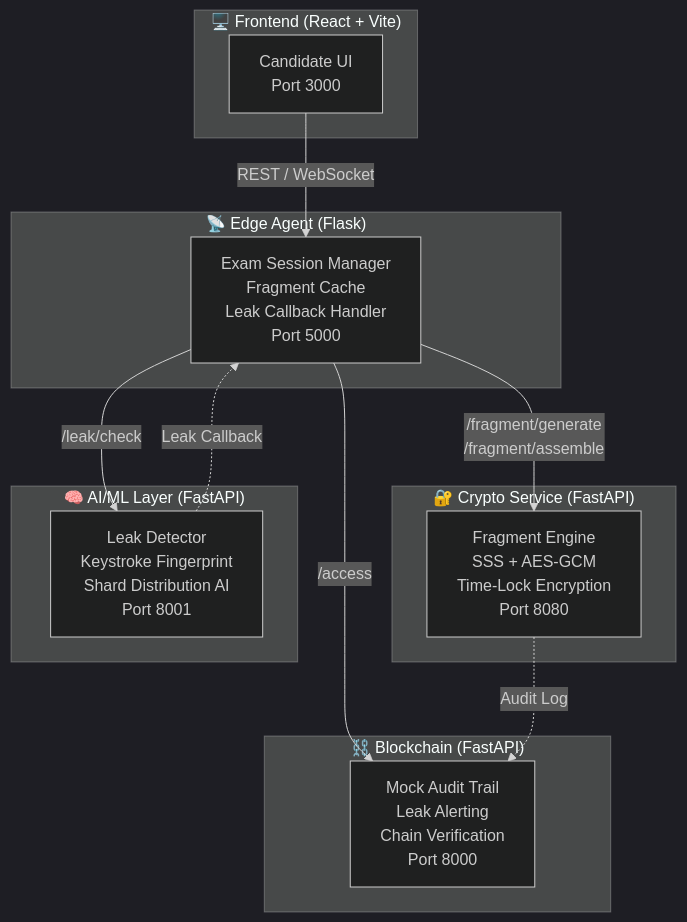
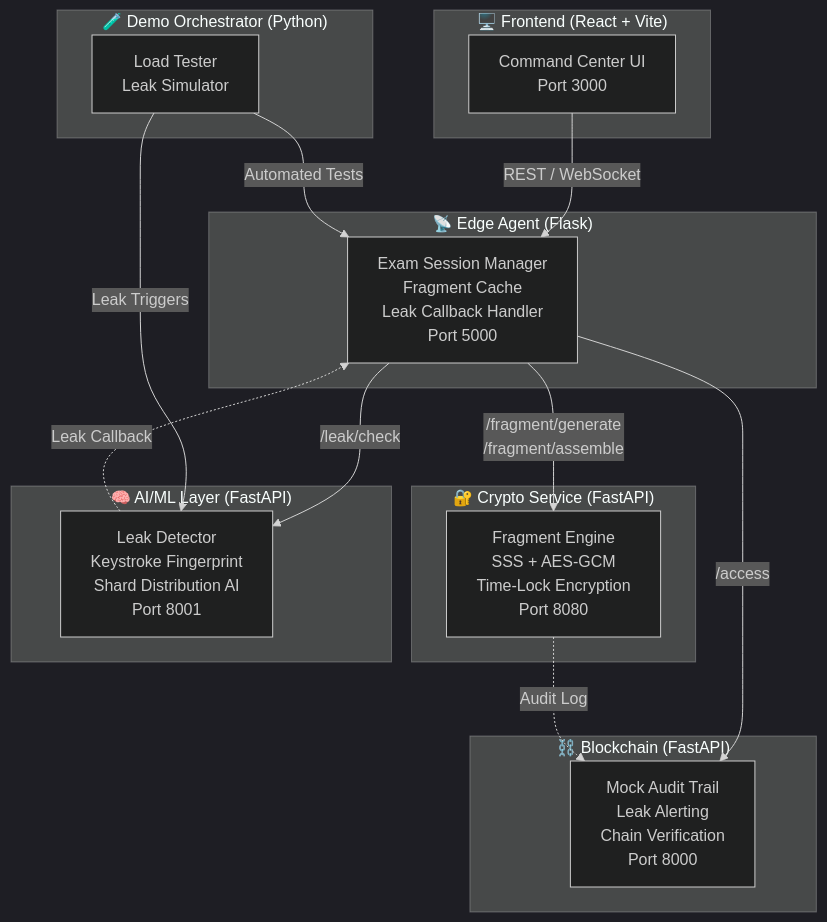
Before and after one commit to Arsh1233/Project-Phoenix-FAR_AWAY: the diagram in README.md, drawn with Mermaid (dark theme). The commit also changed other lines of this file, not shown here.

Commit message:
docs: update README with architectural diagrams, feature descriptions, and demo orchestrator details

````diff
--- a/README.md
+++ b/README.md
@@ -11,29 +14,35 @@
 ```mermaid
 graph TB
     subgraph Frontend["🖥️ Frontend (React + Vite)"]
-        UI[Candidate UI<br/>Port 3000]
+        UI[Command Center UI<br/>Port 3000]
     end
 
     subgraph EdgeAgent["📡 Edge Agent (Flask)"]
         EA[Exam Session Manager<br/>Fragment Cache<br/>Leak Callback Handler<br/>Port 5000]
     end
 
     subgraph Backend["🔐 Crypto Service (FastAPI)"]
         CS[Fragment Engine<br/>SSS + AES-GCM<br/>Time-Lock Encryption<br/>Port 8080]
     end
 
     subgraph AIML["🧠 AI/ML Layer (FastAPI)"]
         AI[Leak Detector<br/>Keystroke Fingerprint<br/>Shard Distribution AI<br/>Port 8001]
     end
 
     subgraph Blockchain["⛓️ Blockchain (FastAPI)"]
         BC[Mock Audit Trail<br/>Leak Alerting<br/>Chain Verification<br/>Port 8000]
     end
 
+    subgraph Demo["🧪 Demo Orchestrator (Python)"]
+        DM[Load Tester<br/>Leak Simulator]
+    end
+
     UI -->|REST / WebSocket| EA
     EA -->|/fragment/generate<br/>/fragment/assemble| CS
     EA -->|/leak/check| AI
     EA -->|/access| BC
     AI -.->|Leak Callback| EA
     CS -.->|Audit Log| BC
+    DM -->|Automated Tests| EA
+    DM -->|Leak Triggers| AI
 ```
````
